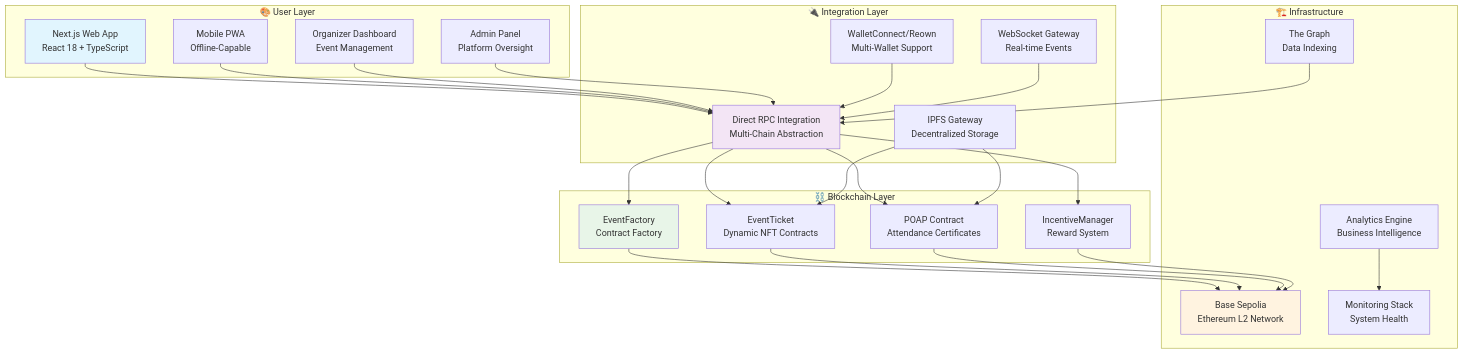
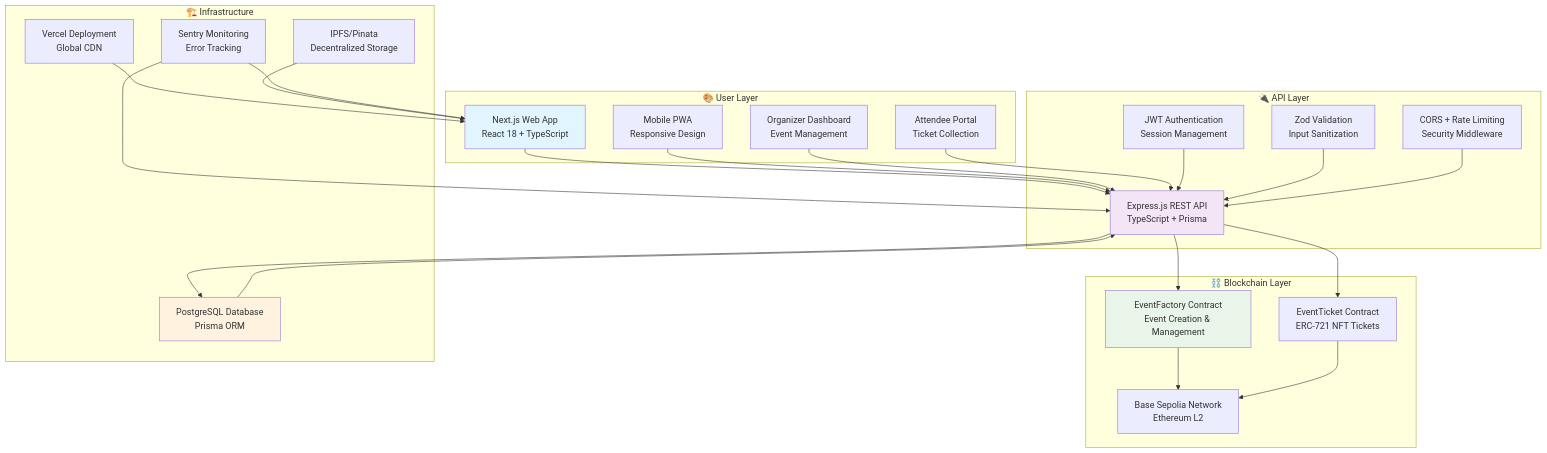
Before and after one commit to Emertechs-Labs/e-chain: the first of 7 diagrams in docs/architecture/README.md, drawn with Mermaid. The commit also changed other lines of this file and 36 other files, not shown here.

First line of the commit message:
feat: Update documentation and add Material Design 3 integration

````diff
--- a/docs/architecture/README.md
+++ b/docs/architecture/README.md
@@ -40,58 +41,56 @@
 ```mermaid
 graph TB
     subgraph "🎨 User Layer"
         A[Next.js Web App<br/>React 18 + TypeScript]
-        B[Mobile PWA<br/>Offline-Capable]
+        B[Mobile PWA<br/>Responsive Design]
         C[Organizer Dashboard<br/>Event Management]
-        D[Admin Panel<br/>Platform Oversight]
+        D[Attendee Portal<br/>Ticket Collection]
     end
 
-    subgraph "🔌 Integration Layer"
-        E[Direct RPC Integration<br/>Multi-Chain Abstraction]
-        F[WalletConnect/Reown<br/>Multi-Wallet Support]
-        G[WebSocket Gateway<br/>Real-time Events]
-        H[IPFS Gateway<br/>Decentralized Storage]
+    subgraph "🔌 API Layer"
+        E[Express.js REST API<br/>TypeScript + Prisma]
+        F[JWT Authentication<br/>Session Management]
+        G[Zod Validation<br/>Input Sanitization]
+        H[CORS + Rate Limiting<br/>Security Middleware]
     end
 
     subgraph "⛓️ Blockchain Layer"
-        I[EventFactory<br/>Contract Factory]
-        J[EventTicket<br/>Dynamic NFT Contracts]
-        K[POAP Contract<br/>Attendance Certificates]
-        L[IncentiveManager<br/>Reward System]
+        I[EventFactory Contract<br/>Event Creation & Management]
+        J[EventTicket Contract<br/>ERC-721 NFT Tickets]
+        K[Base Sepolia Network<br/>Ethereum L2]
     end
 
     subgraph "🏗️ Infrastructure"
-        M[Base Sepolia<br/>Ethereum L2 Network]
-        N[The Graph<br/>Data Indexing]
-        O[Analytics Engine<br/>Business Intelligence]
-        P[Monitoring Stack<br/>System Health]
+        L[PostgreSQL Database<br/>Prisma ORM]
+        M[Vercel Deployment<br/>Global CDN]
+        N[IPFS/Pinata<br/>Decentralized Storage]
+        O[Sentry Monitoring<br/>Error Tracking]
     end
 
     A --> E
     B --> E
     C --> E
     D --> E
 
     E --> I
     E --> J
-    E --> K
     E --> L
 
     F --> E
     G --> E
-    H --> J
-    H --> K
+    H --> E
 
-    I --> M
-    J --> M
-    K --> M
-    L --> M
+    I --> K
+    J --> K
 
-    N --> E
-    O --> P
+    L --> E
+    M --> A
+    N --> A
+    O --> E
+    O --> A
 
     style A fill:#e1f5fe
     style E fill:#f3e5f5
     style I fill:#e8f5e8
-    style M fill:#fff3e0
+    style L fill:#fff3e0
 ```
````
